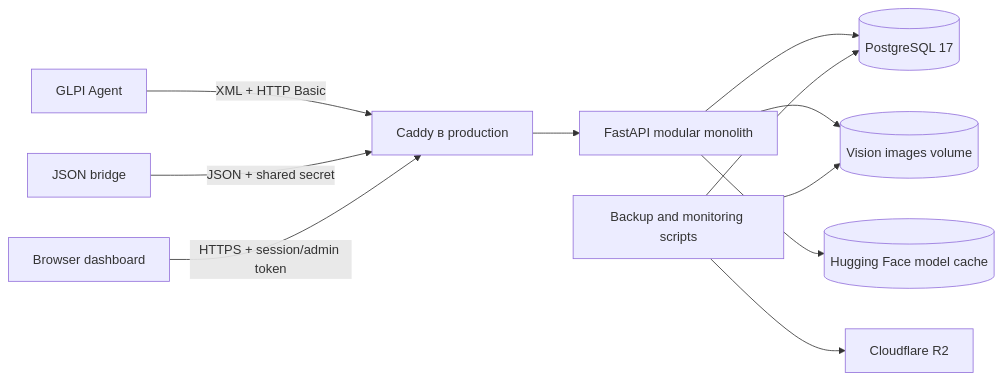
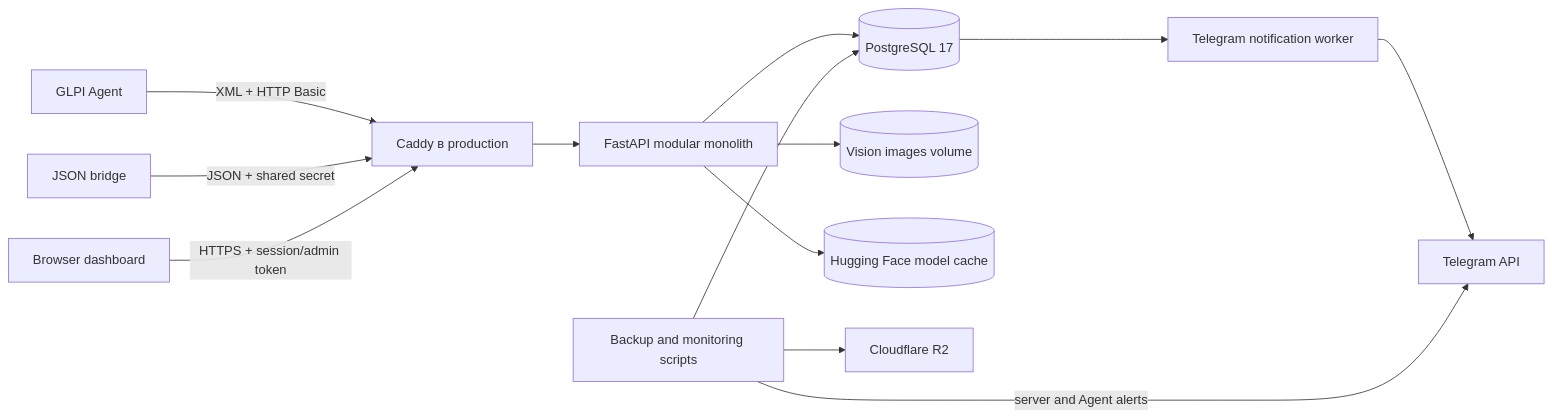
One commit to temirkhanerbolatovich-coder/AssetGuard changed the diagram in docs/architecture/overview.md. Above: the diagram before and after it, drawn with Mermaid. The commit also changed other lines of this file and 18 other files, not shown here.

````diff
--- a/docs/architecture/overview.md
+++ b/docs/architecture/overview.md
@@ -11,13 +11,15 @@
 ```mermaid
 flowchart LR
     Agent[GLPI Agent] -->|XML + HTTP Basic| Proxy[Caddy в production]
     Bridge[JSON bridge] -->|JSON + shared secret| Proxy
     Browser[Browser dashboard] -->|HTTPS + session/admin token| Proxy
     Proxy --> API[FastAPI modular monolith]
     API --> DB[(PostgreSQL 17)]
     API --> Vision[(Vision images volume)]
     API --> Models[(Hugging Face model cache)]
     Ops[Backup and monitoring scripts] --> DB
-    Ops --> Vision
     Ops --> R2[Cloudflare R2]
+    DB --> Worker[Telegram notification worker]
+    Worker --> Telegram[Telegram API]
+    Ops -->|server and Agent alerts| Telegram
 ```
````
